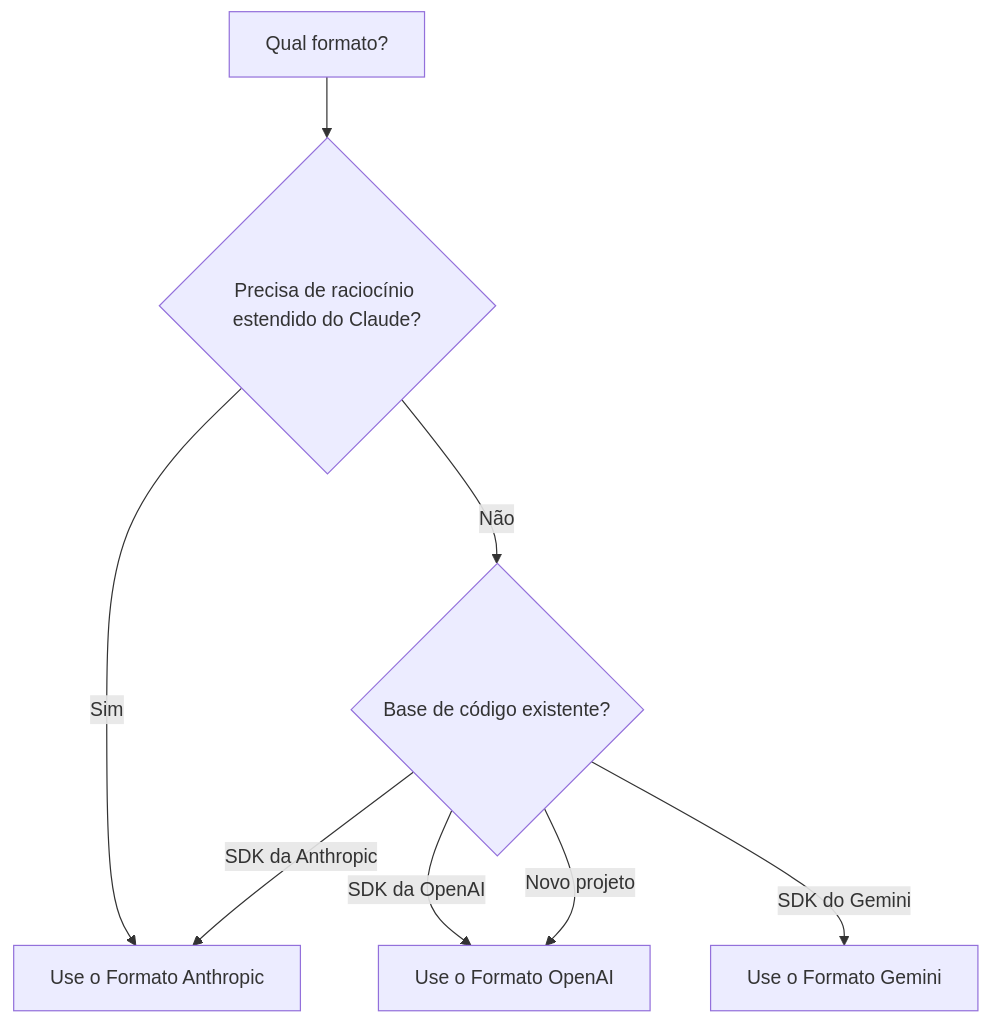
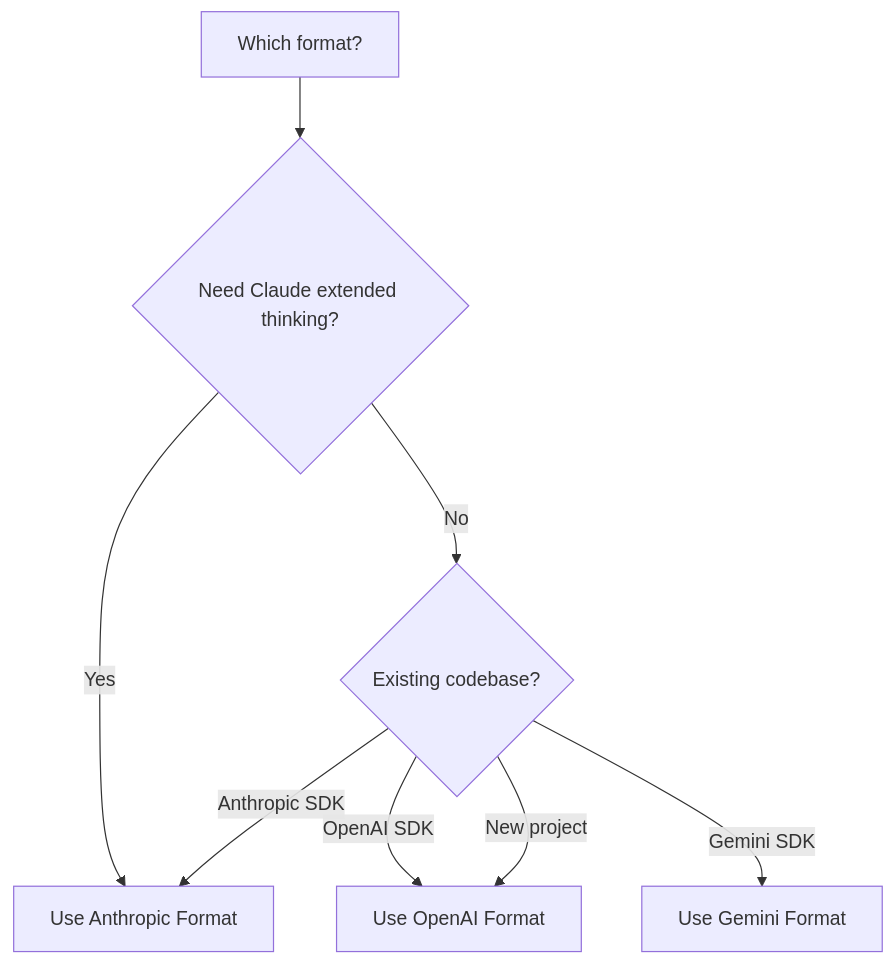
Before and after one commit to hedging8563/lemondata-docs: the diagram in pt/guides/api-formats.mdx, drawn with Mermaid. The commit also changed other lines of this file and 428 other files, not shown here.

````diff
--- a/pt/guides/api-formats.mdx
+++ b/pt/guides/api-formats.mdx
@@ -159,10 +159,10 @@
 ```mermaid
 graph TD
-    A[Qual formato?] --> B{Precisa de raciocínio estendido do Claude?}
-    B -->|Sim| C[Use o Formato Anthropic]
-    B -->|Não| D{Base de código existente?}
-    D -->|SDK da OpenAI| E[Use o Formato OpenAI]
-    D -->|SDK da Anthropic| C
-    D -->|SDK do Gemini| F[Use o Formato Gemini]
-    D -->|Novo projeto| E
+    A[Which format?] --> B{Need Claude extended thinking?}
+    B -->|Yes| C[Use Anthropic Format]
+    B -->|No| D{Existing codebase?}
+    D -->|OpenAI SDK| E[Use OpenAI Format]
+    D -->|Anthropic SDK| C
+    D -->|Gemini SDK| F[Use Gemini Format]
+    D -->|New project| E
 ```
````
